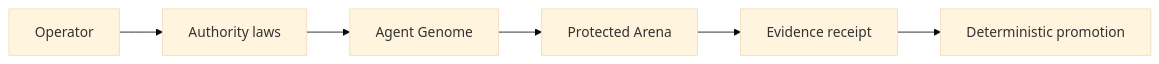
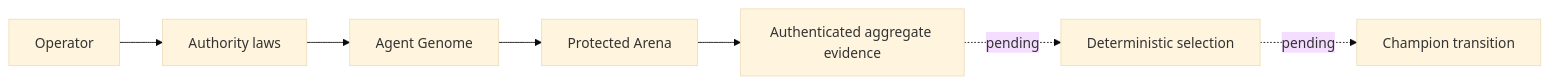
Before and after one commit to randyren278/Hephaestus: the diagram in README.md, drawn with Mermaid (base theme). The commit also changed other lines of this file and 16 other files, not shown here.

Commit message:
Preserve trusted Arena selection evidence

````diff
--- a/README.md
+++ b/README.md
@@ -5,8 +5,9 @@
 ```mermaid
 flowchart LR
     Operator --> Authority[Authority laws]
     Authority --> Genome[Agent Genome]
     Genome --> Arena[Protected Arena]
-    Arena --> Evidence[Evidence receipt]
-    Evidence --> Promotion[Deterministic promotion]
+    Arena --> Evidence[Authenticated aggregate evidence]
+    Evidence -. pending .-> Selection[Deterministic selection]
+    Selection -. pending .-> Promotion[Champion transition]
 ```
````
